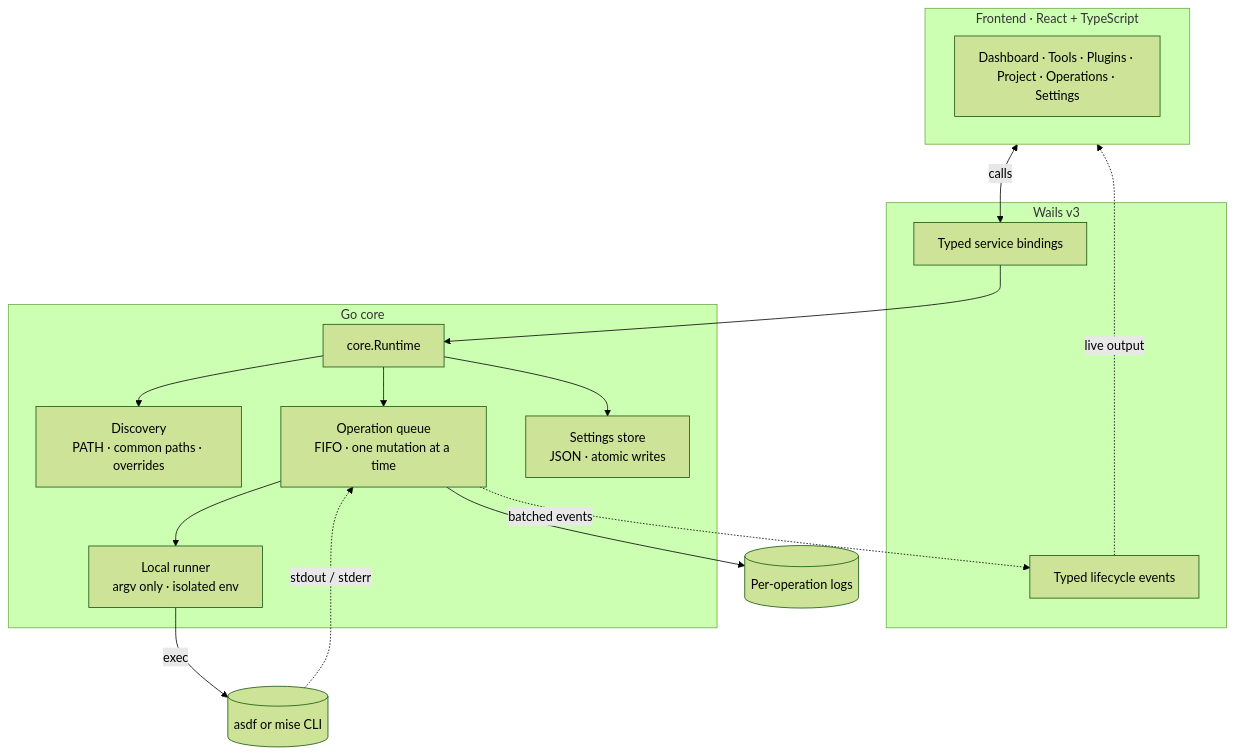
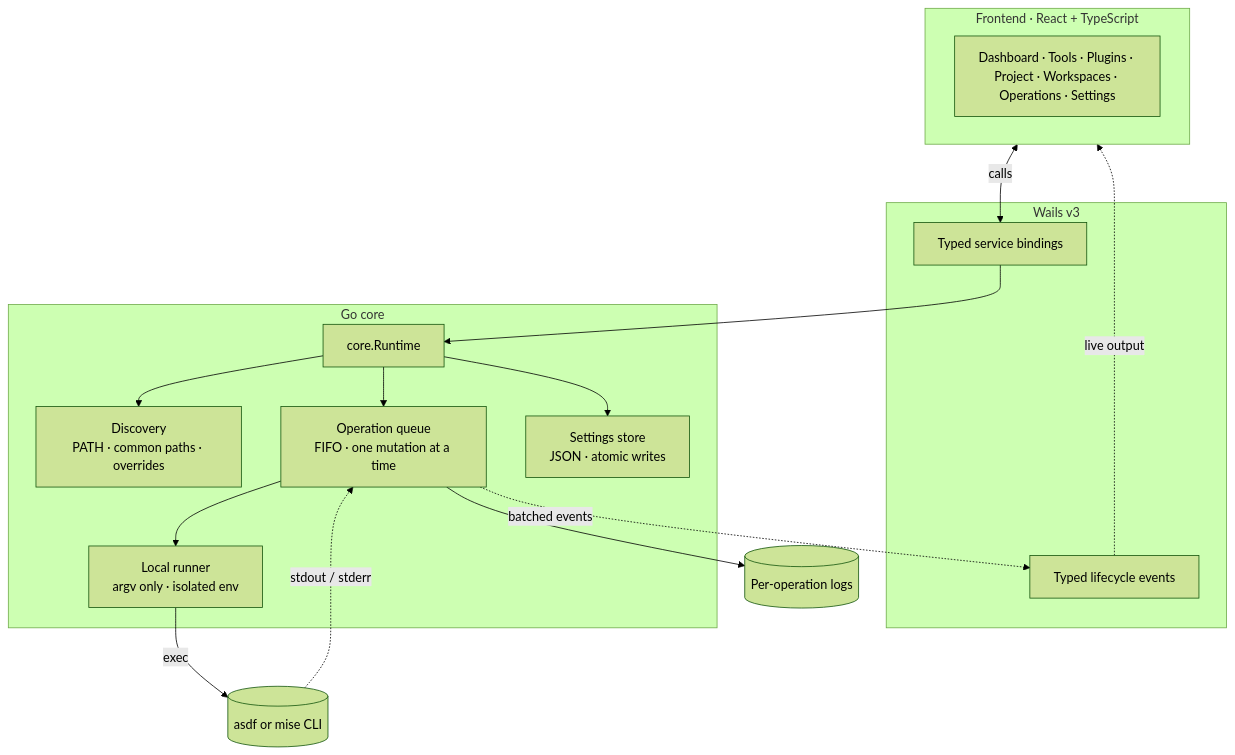
One commit to AshutoshSajan/asdf-mise-gui changed the first of 2 diagrams in README.md. Above: the diagram before and after it, drawn with Mermaid (forest theme). The commit also changed other lines of this file and 23 other files, not shown here.

First line of the commit message:
Add project workspaces and version comparisons

````diff
--- a/README.md
+++ b/README.md
@@ -346,35 +351,35 @@
 ```mermaid
 flowchart TB
     subgraph Frontend["Frontend · React + TypeScript"]
         direction LR
-        UI["Dashboard · Tools · Plugins · Project · Operations · Settings"]
+        UI["Dashboard · Tools · Plugins · Project · Workspaces · Operations · Settings"]
     end
 
     subgraph Wails["Wails v3"]
         SVC["Typed service bindings"]
         EVENTS["Typed lifecycle events"]
     end
 
     subgraph Core["Go core"]
         RT["core.Runtime"]
         DETECT["Discovery<br/>PATH · common paths · overrides"]
         QUEUE["Operation queue<br/>FIFO · one mutation at a time"]
         STORE["Settings store<br/>JSON · atomic writes"]
         RUNNER["Local runner<br/>argv only · isolated env"]
     end
 
     ENGINE[("asdf or mise CLI")]
     LOGS[("Per-operation logs")]
 
     UI <-->|"calls"| SVC
     SVC --> RT
     RT --> DETECT
     RT --> QUEUE
     RT --> STORE
     QUEUE --> RUNNER
     RUNNER -->|"exec"| ENGINE
     ENGINE -.->|"stdout / stderr"| QUEUE
     QUEUE --> LOGS
     QUEUE -.->|"batched events"| EVENTS
     EVENTS -.->|"live output"| UI
 ```
````
